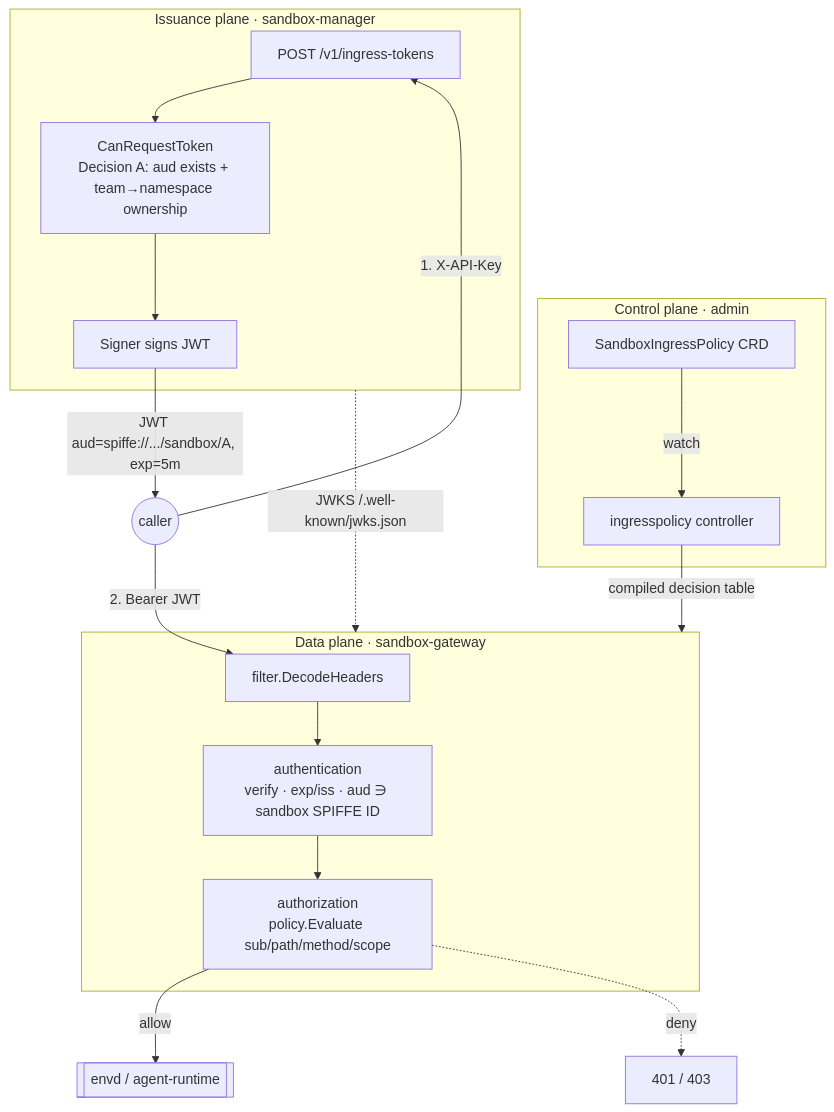
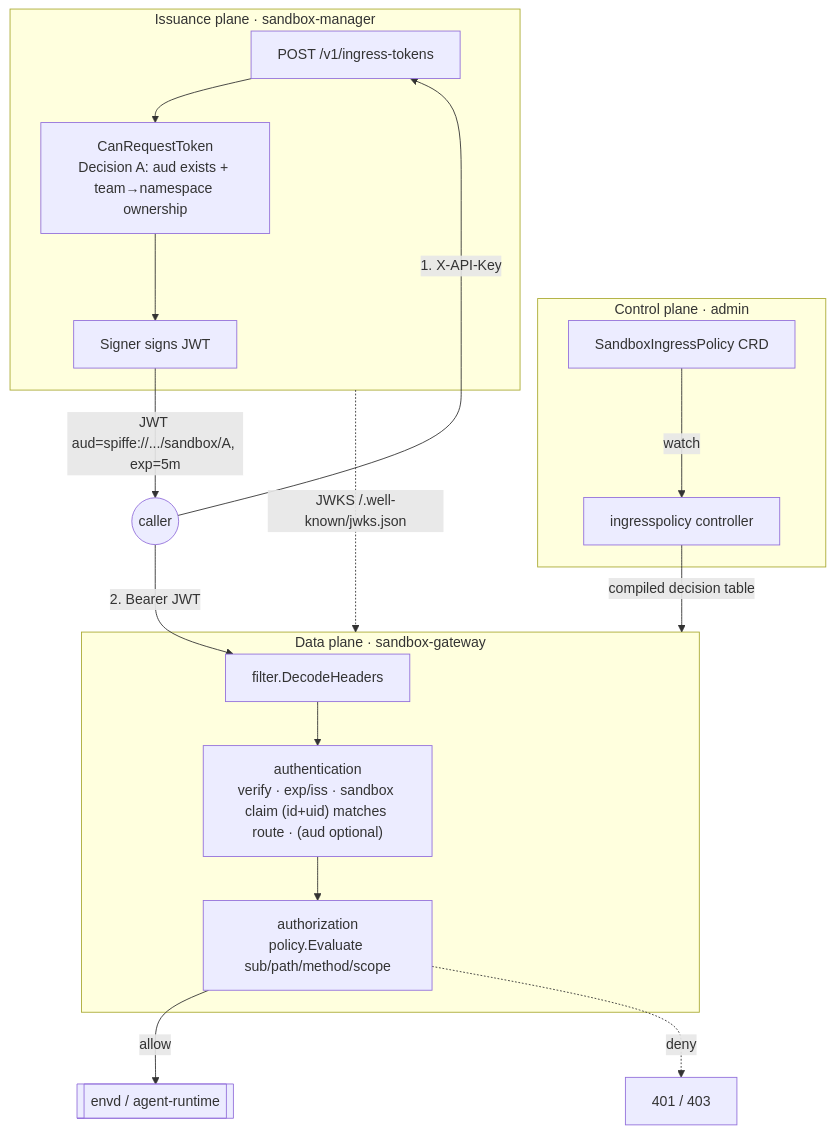
One commit to openkruise/agents changed the first of 3 diagrams in docs/proposals/20260725-sandbox-ingress-authn.md. Above: the diagram before and after it, drawn with Mermaid. The commit also changed other lines of this file and 1 other file, not shown here.

````diff
--- a/docs/proposals/20260725-sandbox-ingress-authn.md
+++ b/docs/proposals/20260725-sandbox-ingress-authn.md
@@ -162,33 +165,33 @@
 ```mermaid
 flowchart TB
     subgraph CtrlPlane[Control plane · admin]
         SIP[SandboxIngressPolicy CRD]
         IPC[ingresspolicy controller]
         SIP -->|watch| IPC
     end
 
     subgraph IssuePlane[Issuance plane · sandbox-manager]
         ISSUE[POST /v1/ingress-tokens]
         AUTHZ["CanRequestToken<br/>Decision A: aud exists + team→namespace ownership"]
         SIGNER[Signer signs JWT]
         ISSUE --> AUTHZ --> SIGNER
     end
 
     subgraph DataPlane[Data plane · sandbox-gateway]
         FILTER[filter.DecodeHeaders]
-        AUTHN["authentication<br/>verify · exp/iss · aud ∋ sandbox SPIFFE ID"]
+        AUTHN["authentication<br/>verify · exp/iss · sandbox claim (id+uid) matches route · (aud optional)"]
         AZ["authorization<br/>policy.Evaluate sub/path/method/scope"]
         FILTER --> AUTHN --> AZ
     end
 
     Caller((caller))
     ENVD[[envd / agent-runtime]]
 
     Caller -->|1. X-API-Key| ISSUE
     SIGNER -->|"JWT aud=spiffe://.../sandbox/A, exp=5m"| Caller
     Caller -->|2. Bearer JWT| FILTER
     IPC -->|compiled decision table| DataPlane
     IssuePlane -. "JWKS /.well-known/jwks.json" .-> DataPlane
     AZ -->|allow| ENVD
     AZ -.deny.-> Reject[401 / 403]
 ```
````
